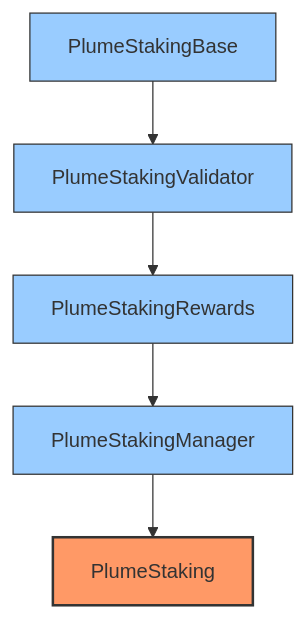
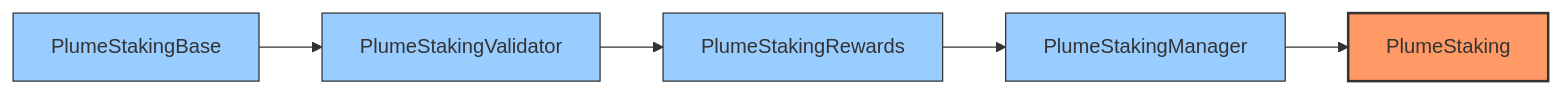
One commit to plumenetwork/contracts changed the first of 2 diagrams in p/README.md. Above: the diagram before and after it, drawn with Mermaid.

Commit message:
update diagram

````diff
--- a/p/README.md
+++ b/p/README.md
@@ -9,13 +9,13 @@
 ```mermaid
-graph TD
+graph LR
     A[PlumeStakingBase] --> B[PlumeStakingValidator]
     B --> C[PlumeStakingRewards]
     C --> D[PlumeStakingManager]
     D --> E[PlumeStaking]
     
     style E fill:#f96,stroke:#333,stroke-width:2px
     style D fill:#9cf,stroke:#333,stroke-width:1px
     style C fill:#9cf,stroke:#333,stroke-width:1px
     style B fill:#9cf,stroke:#333,stroke-width:1px
     style A fill:#9cf,stroke:#333,stroke-width:1px
 ```
````
